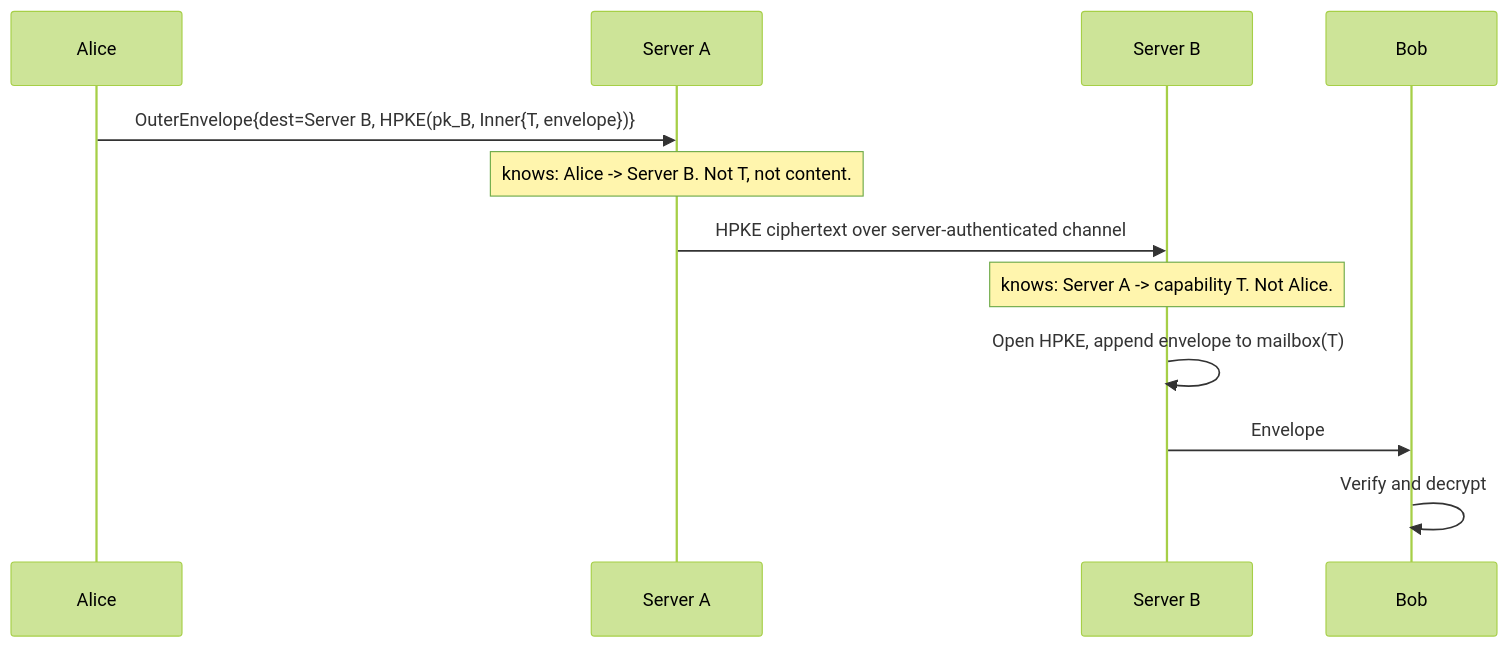
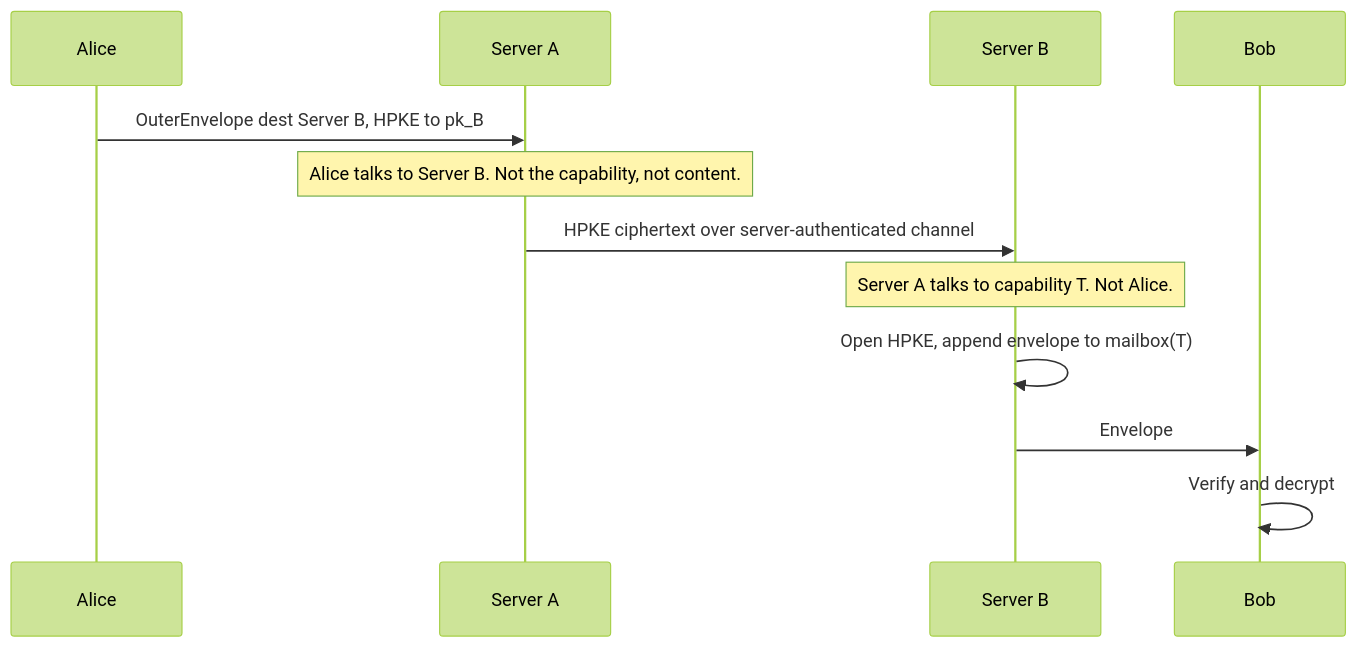
Before and after one commit to martinmkhitaryan/nemo-messenger: the fourth of 7 diagrams in README.md, drawn with Mermaid (forest theme). The commit also changed other lines of this file, not shown here.

````diff
--- a/README.md
+++ b/README.md
@@ -2519,15 +2518,15 @@
 ```mermaid
 sequenceDiagram
     participant A as Alice
     participant SA as Server A
     participant SB as Server B
     participant B as Bob
 
-    A->>SA: OuterEnvelope{dest=Server B, HPKE(pk_B, Inner{T, envelope})}
-    Note over SA: knows: Alice -> Server B. Not T, not content.
+    A->>SA: OuterEnvelope dest Server B, HPKE to pk_B
+    Note over SA: Alice talks to Server B. Not the capability, not content.
     SA->>SB: HPKE ciphertext over server-authenticated channel
-    Note over SB: knows: Server A -> capability T. Not Alice.
+    Note over SB: Server A talks to capability T. Not Alice.
     SB->>SB: Open HPKE, append envelope to mailbox(T)
     SB->>B: Envelope
     B->>B: Verify and decrypt
 ```
````
